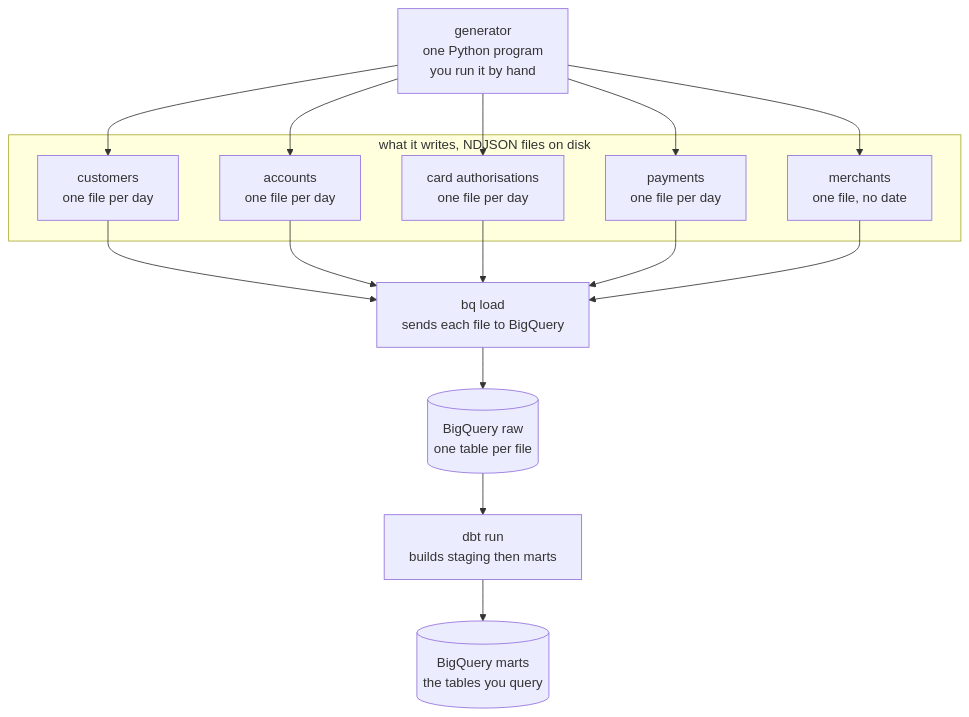
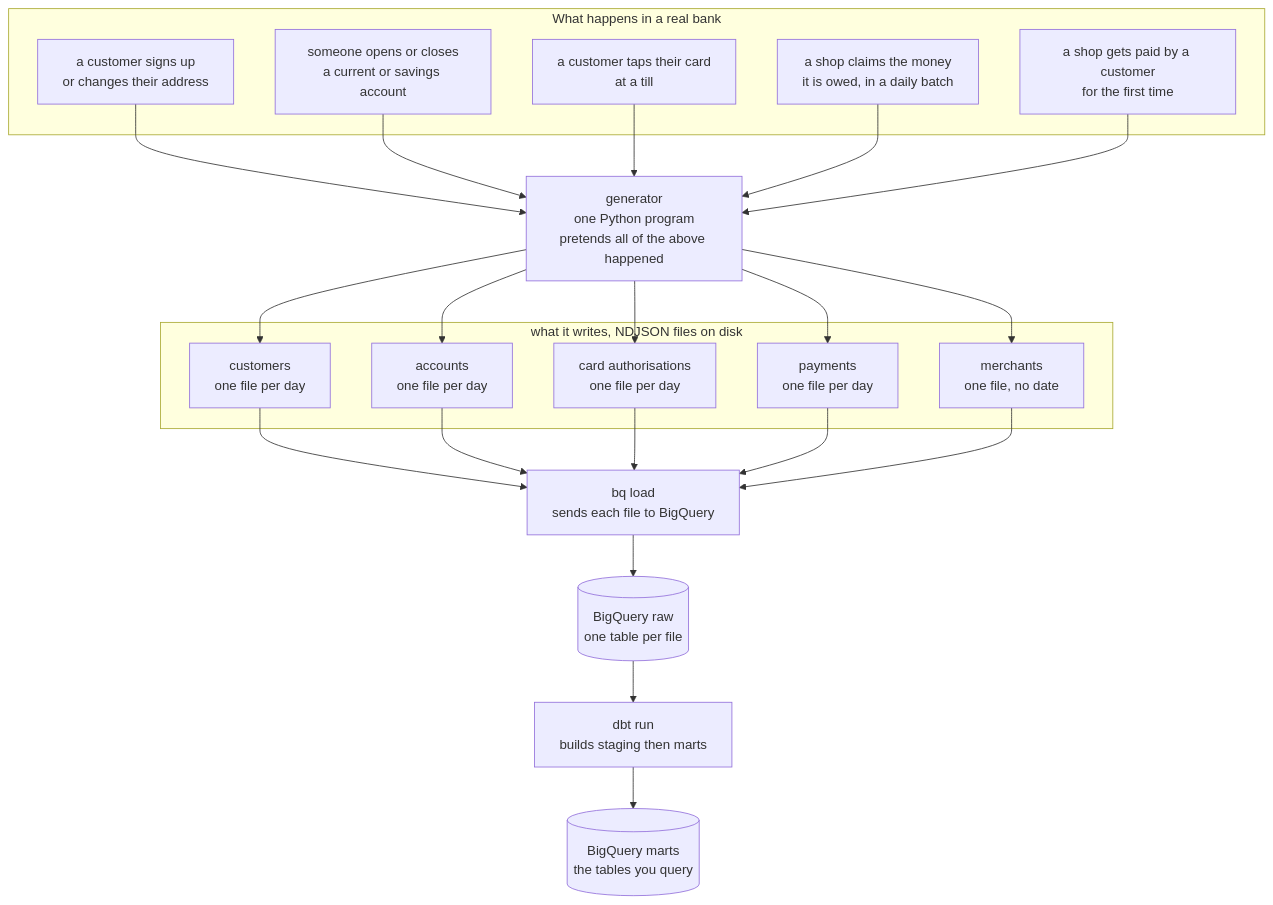
The first of 3 diagrams in docs/architecture.md (faithcodes-lab/neobank-warehouse), drawn with Mermaid before and after one commit. The commit also changed other lines of this file, not shown here.

Commit message:
show the real world actions the generator imitates

````diff
--- a/docs/architecture.md
+++ b/docs/architecture.md
@@ -14,23 +17,32 @@
 ```mermaid
 flowchart TD
-    gen["generator<br/>one Python program<br/>you run it by hand"]
+    subgraph world["What happens in a real bank"]
+        w1["a customer signs up<br/>or changes their address"]
+        w2["someone opens or closes<br/>a current or savings account"]
+        w3["a customer taps their card<br/>at a till"]
+        w4["a shop claims the money<br/>it is owed, in a daily batch"]
+        w5["a shop gets paid by a customer<br/>for the first time"]
+    end
+
+    gen["generator<br/>one Python program<br/>pretends all of the above happened"]
 
     subgraph out["what it writes, NDJSON files on disk"]
         f1["customers<br/>one file per day"]
         f2["accounts<br/>one file per day"]
         f3["card authorisations<br/>one file per day"]
         f4["payments<br/>one file per day"]
         f5["merchants<br/>one file, no date"]
     end
 
     load["bq load<br/>sends each file to BigQuery"]
-    rawl[("BigQuery raw<br/>one table per file")]
-    dbt["dbt run<br/>builds staging then marts"]
+    rawt[("BigQuery raw<br/>one table per file")]
+    dbtrun["dbt run<br/>builds staging then marts"]
     final[("BigQuery marts<br/>the tables you query")]
 
+    w1 & w2 & w3 & w4 & w5 --> gen
     gen --> f1 & f2 & f3 & f4 & f5
     f1 & f2 & f3 & f4 & f5 --> load
-    load --> rawl
-    rawl --> dbt
-    dbt --> final
+    load --> rawt
+    rawt --> dbtrun
+    dbtrun --> final
 ```
````
